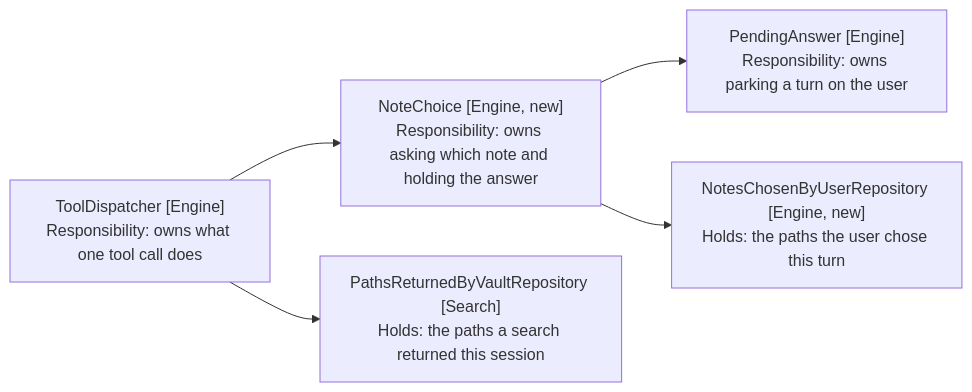
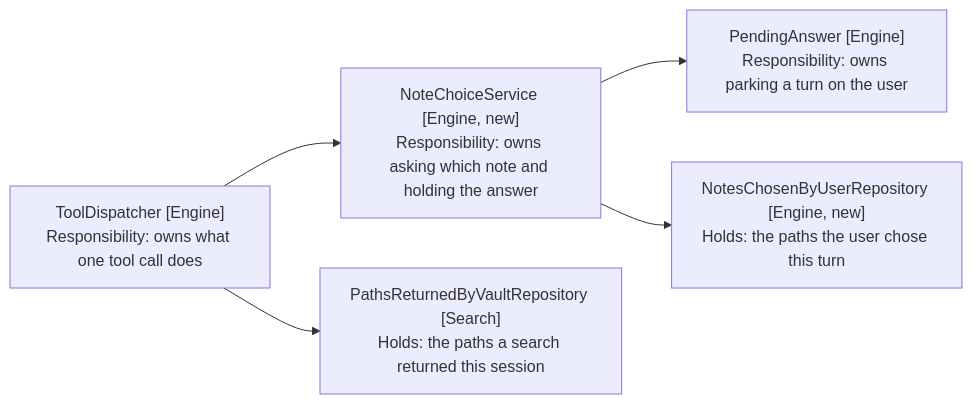
One commit to iparips/obsidian-owl changed the first of 2 diagrams in docs/spec/14-choosing-the-note/3-component-design.md. Above: the diagram before and after it, drawn with Mermaid. The commit also changed other lines of this file and 43 other files, not shown here.

````diff
--- a/docs/spec/14-choosing-the-note/3-component-design.md
+++ b/docs/spec/14-choosing-the-note/3-component-design.md
@@ -29,13 +29,13 @@
 ```mermaid
 flowchart LR
     Dispatcher["ToolDispatcher [Engine]<br/>Responsibility: owns what one tool call does"]
-    Picker["NoteChoice [Engine, new]<br/>Responsibility: owns asking which note and holding the answer"]
+    Picker["NoteChoiceService [Engine, new]<br/>Responsibility: owns asking which note and holding the answer"]
     Pending["PendingAnswer [Engine]<br/>Responsibility: owns parking a turn on the user"]
     Chosen["NotesChosenByUserRepository [Engine, new]<br/>Holds: the paths the user chose this turn"]
     Seen["PathsReturnedByVaultRepository [Search]<br/>Holds: the paths a search returned this session"]
 
     Dispatcher --> Picker
     Picker --> Pending
     Picker --> Chosen
     Dispatcher --> Seen
 ```
````
